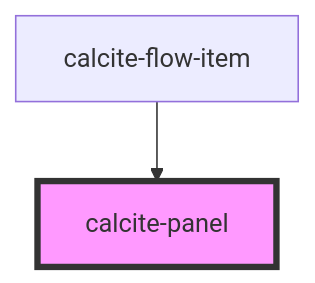
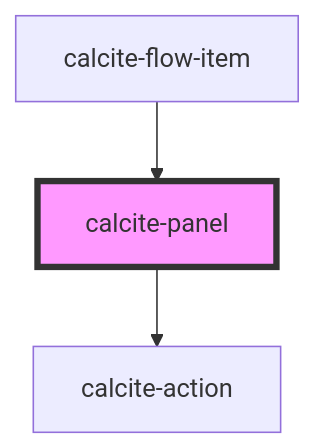
Before and after one commit to Esri/calcite-app-components: the diagram in src/components/calcite-panel/readme.md, drawn with Mermaid. The commit also changed other lines of this file and 7 other files, not shown here.

````diff
--- a/src/components/calcite-panel/readme.md
+++ b/src/components/calcite-panel/readme.md
@@ -21,5 +43,6 @@
 ```mermaid
 graph TD;
+  calcite-panel --> calcite-action
   calcite-flow-item --> calcite-panel
   style calcite-panel fill:#f9f,stroke:#333,stroke-width:4px
 ```
````
